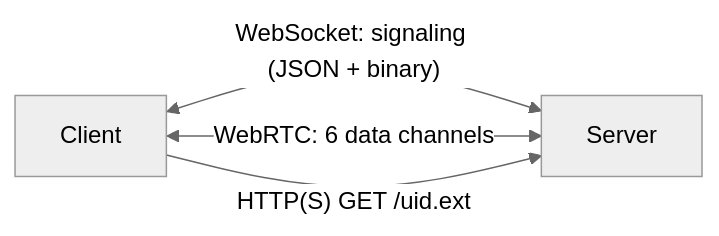
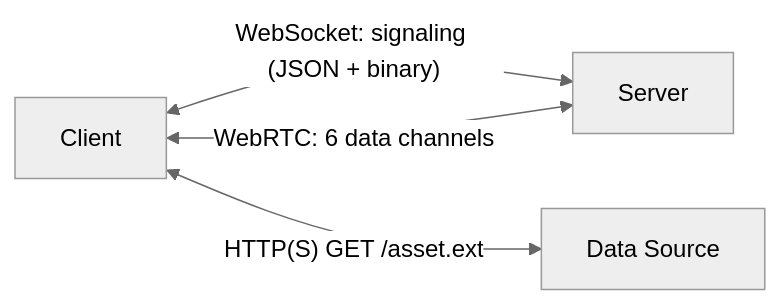
One commit to teleportxr/Teleport changed the diagram in docs/protocol.rst. Above: the diagram before and after it, drawn with Mermaid (neutral theme). The commit also changed other lines of this file and 72 other files, not shown here.

```diff
--- a/docs/protocol.rst
+++ b/docs/protocol.rst
@@ -51,8 +69,9 @@
 .. mermaid::
 
     flowchart LR
         C[Client]
         S[Server]
+        D[Data Source]
         C <-- "WebSocket: signaling (JSON + binary)" --> S
         C <-- "WebRTC: 6 data channels" --> S
-        C -- "HTTP(S) GET /uid.ext" --> S
+        C <-- "HTTP(S) GET /asset.ext" --> D
```
